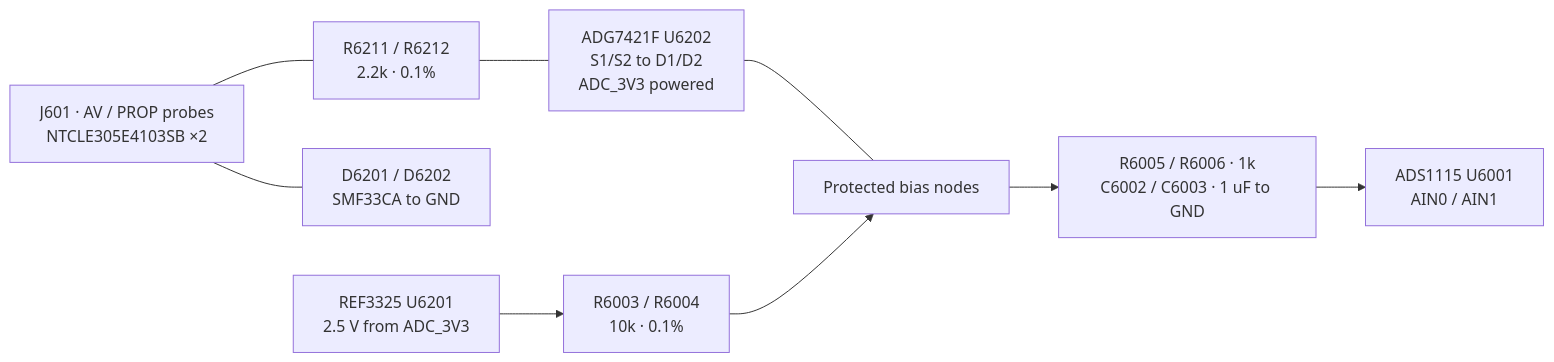
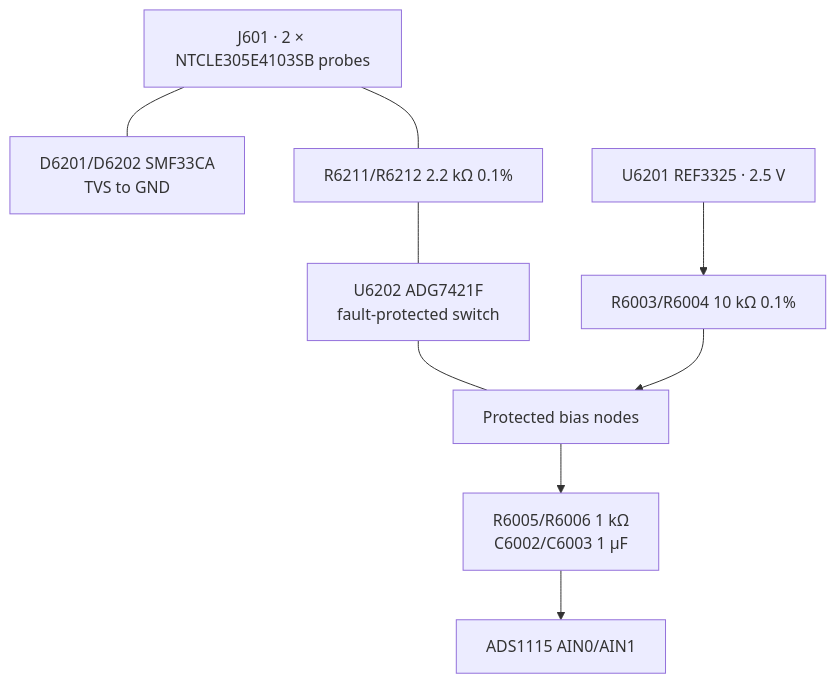
Before and after one commit to ULAS-HiPR/Ogma2: the second of 3 diagrams in docs/architecture/08-foinse-can.md, drawn with Mermaid. The commit also changed other lines of this file and 25 other files, not shown here.

````diff
--- a/docs/architecture/08-foinse-can.md
+++ b/docs/architecture/08-foinse-can.md
@@ -61,11 +61,14 @@
 ```mermaid
-flowchart LR
-  J["J601 · AV / PROP probes\nNTCLE305E4103SB ×2"] --- RS["R6211 / R6212\n2.2k · 0.1%"]
-  J --- TV["D6201 / D6202\nSMF33CA to GND"]
-  RS --- SW["ADG7421F U6202\nS1/S2 to D1/D2\nADC_3V3 powered"]
+flowchart TB
+  J["J601 · 2 × NTCLE305E4103SB probes"] --- TV["D6201/D6202 SMF33CA
+TVS to GND"]
+  J --- RS["R6211/R6212 2.2 kΩ 0.1%"]
+  RS --- SW["U6202 ADG7421F
+fault-protected switch"]
+  REF["U6201 REF3325 · 2.5 V"] --> PU["R6003/R6004 10 kΩ 0.1%"]
   SW --- B["Protected bias nodes"]
-  REF["REF3325 U6201\n2.5 V from ADC_3V3"] --> PU["R6003 / R6004\n10k · 0.1%"]
   PU --> B
-  B --> FIL["R6005 / R6006 · 1k\nC6002 / C6003 · 1 uF to GND"]
-  FIL --> ADC["ADS1115 U6001\nAIN0 / AIN1"]
+  B --> FIL["R6005/R6006 1 kΩ
+C6002/C6003 1 µF"]
+  FIL --> ADC["ADS1115 AIN0/AIN1"]
 ```
````
